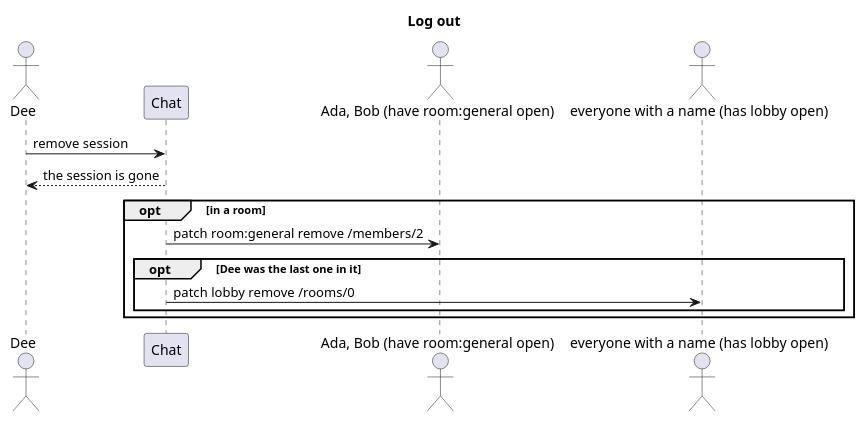
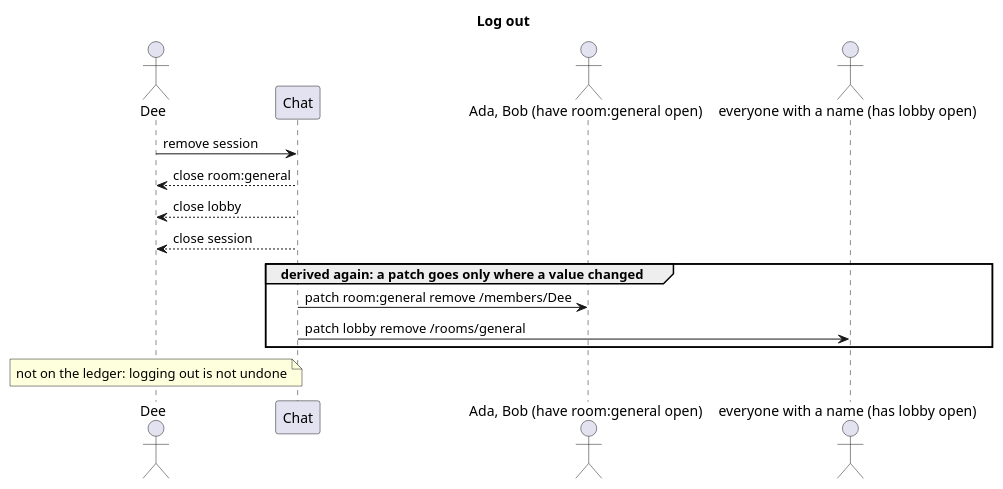
Before and after one commit to blueshed/dzql: the diagram in uml/src/seq-log-out.puml, drawn with PlantUML. The commit also changed 10 other files, not shown here.

```diff
--- a/uml/src/seq-log-out.puml
+++ b/uml/src/seq-log-out.puml
@@ -1,16 +1,17 @@
 @startuml
 title Log out
 actor "Dee" as dee
 participant "Chat" as app
 actor "Ada, Bob (have room:general open)" as room
 actor "everyone with a name (has lobby open)" as lobby
 
 dee -> app : remove session
-app --> dee : the session is gone
-opt in a room
-  app -> room : patch room:general remove /members/2
-  opt Dee was the last one in it
-    app -> lobby : patch lobby remove /rooms/0
-  end
+app --> dee : close room:general
+app --> dee : close lobby
+app --> dee : close session
+group derived again: a patch goes only where a value changed
+  app -> room : patch room:general remove /members/Dee
+  app -> lobby : patch lobby remove /rooms/general
 end
+note over dee : not on the ledger: logging out is not undone
 @enduml
```
